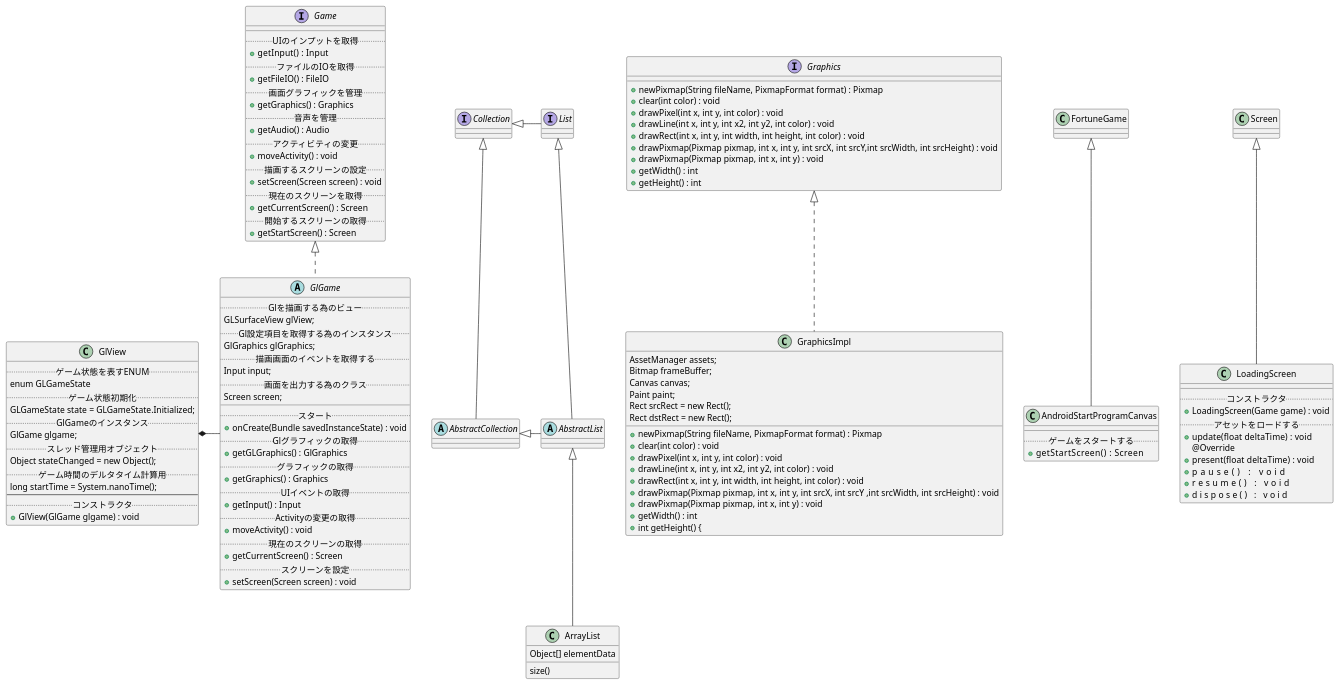
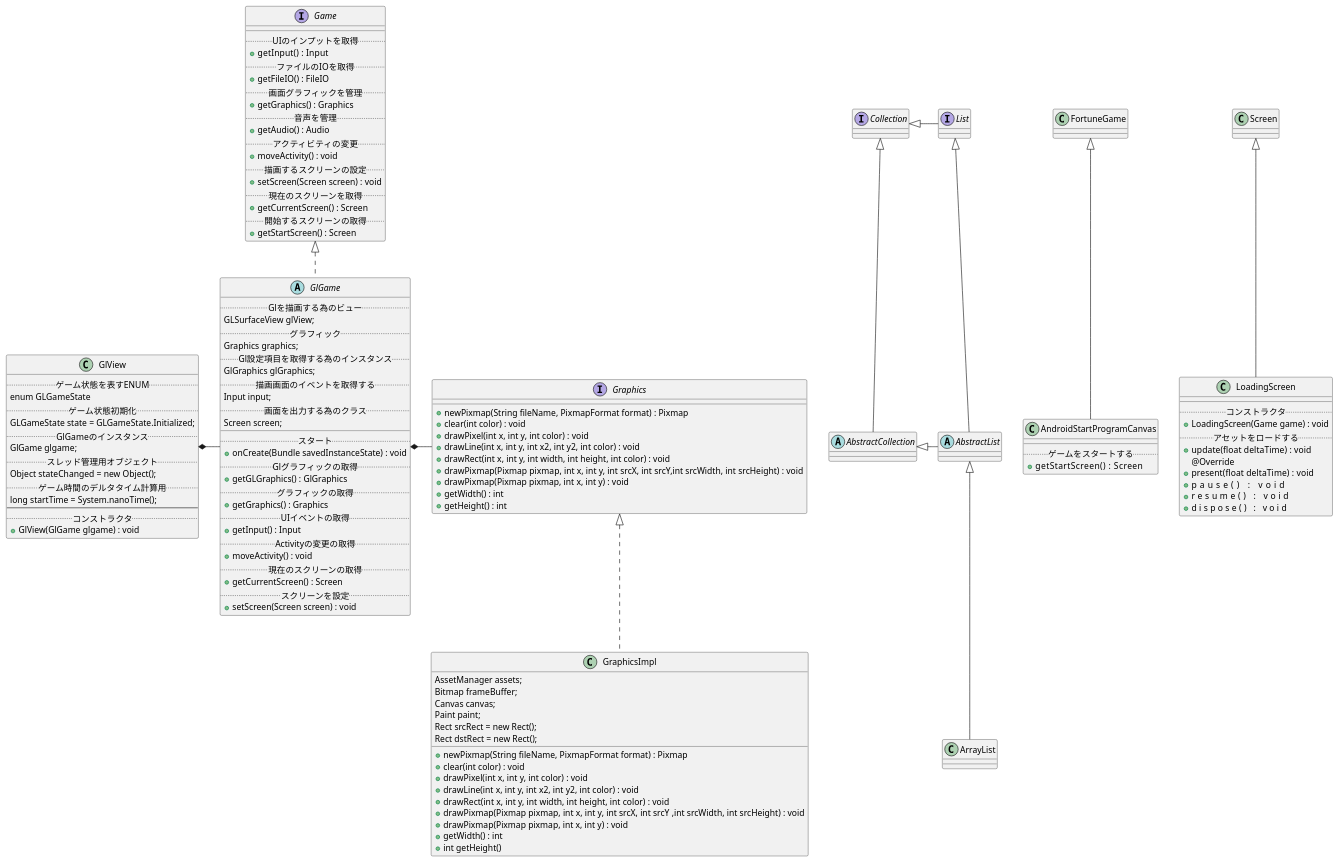
The diagram in docs/20 詳細設計/01_Base/Fortune_Class.puml (MinakawaYuji/Android_fortune), drawn with PlantUML before and after one commit. The commit also changed 9 other files, not shown here.

```diff
--- a/docs/20 詳細設計/01_Base/Fortune_Class.puml
+++ b/docs/20 詳細設計/01_Base/Fortune_Class.puml
@@ -1,148 +1,146 @@
 @startuml
 
 
 interface Game{
     __
     .. UIのインプットを取得 ..
     + getInput() :  Input
     .. ファイルのIOを取得 ..
     + getFileIO() : FileIO
     .. 画面グラフィックを管理 ..
     + getGraphics() : Graphics
     .. 音声を管理 ..
     + getAudio() : Audio
     .. アクティビティの変更 ..
     + moveActivity() : void
     .. 描画するスクリーンの設定 ..
     + setScreen(Screen screen) : void
     .. 現在のスクリーンを取得 ..
     + getCurrentScreen() : Screen
     .. 開始するスクリーンの取得 ..
     + getStartScreen() : Screen
 }
 
 abstract class GlGame{
     .. Glを描画する為のビュー ..
     GLSurfaceView glView;
+    .. グラフィック ..
+    Graphics graphics;
     .. Gl設定項目を取得する為のインスタンス ..
     GlGraphics glGraphics;
     .. 描画画面のイベントを取得する ..
     Input input;
     .. 画面を出力する為のクラス ..
     Screen screen;
     __
     .. スタート ..
     + onCreate(Bundle savedInstanceState) : void
     .. Glグラフィックの取得 ..
     + getGLGraphics() : GlGraphics
     .. グラフィックの取得 ..
     + getGraphics() : Graphics
     .. UIイベントの取得 ..
     + getInput() : Input
     .. Activityの変更の取得 ..
     + moveActivity() : void
     .. 現在のスクリーンの取得 ..
     + getCurrentScreen() : Screen
     .. スクリーンを設定 ..
     + setScreen(Screen screen) : void
 }
-
 
 interface Graphics{
     + newPixmap(String fileName, PixmapFormat format) : Pixmap
     + clear(int color) : void
     + drawPixel(int x, int y, int color) : void
     + drawLine(int x, int y, int x2, int y2, int color) : void
     + drawRect(int x, int y, int width, int height, int color) : void
     + drawPixmap(Pixmap pixmap, int x, int y, int srcX, int srcY,int srcWidth, int srcHeight) : void
     + drawPixmap(Pixmap pixmap, int x, int y) : void
     + getWidth() : int
     + getHeight() : int
 }
 
 class GraphicsImpl {
     AssetManager assets;
     Bitmap frameBuffer;
     Canvas canvas;
     Paint paint;
     Rect srcRect = new Rect();
     Rect dstRect = new Rect();
     __
     + newPixmap(String fileName, PixmapFormat format) : Pixmap
     + clear(int color) : void
     + drawPixel(int x, int y, int color) : void
     + drawLine(int x, int y, int x2, int y2, int color) : void
     + drawRect(int x, int y, int width, int height, int color) : void
     + drawPixmap(Pixmap pixmap, int x, int y, int srcX, int srcY ,int srcWidth, int srcHeight) : void
     + drawPixmap(Pixmap pixmap, int x, int y) : void
     + getWidth() : int
-    + int getHeight() {
+    + int getHeight()
 }
 
 
 
 
 class GlView{
     ..ゲーム状態を表すENUM..
     enum GLGameState
     ..ゲーム状態初期化 ..
     GLGameState state = GLGameState.Initialized;
     ..GlGameのインスタンス ..
     GlGame glgame;
     ..スレッド管理用オブジェクト ..
     Object stateChanged = new Object();
     ..ゲーム時間のデルタタイム計算用 ..
     long startTime = System.nanoTime();
     --
     .. コンストラクタ ..
     + GlView(GlGame glgame) : void
 }
 
 
 class AndroidStartProgramCanvas extends FortuneGame{
     __
     .. ゲームをスタートする ..
     + getStartScreen() :     Screen
 }
 
 
 class LoadingScreen extends Screen{
     __
     .. コンストラクタ ..
     + LoadingScreen(Game game) : void
     .. アセットをロードする ..
     + update(float deltaTime)  : void
     @Override
     + present(float deltaTime)  : void
     + pause()                   : void
     + resume()                  : void
     + dispose()                 : void
 }
 
 
 
 
 Game <|.. GlGame
+GlGame *- Graphics
 GlView *- GlGame
 Graphics <|.. GraphicsImpl
 
 
 abstract class AbstractList
 abstract AbstractCollection
 interface List
 interface Collection
 
 List <|-- AbstractList
 Collection <|-- AbstractCollection
 
 Collection <|- List
 AbstractCollection <|- AbstractList
 AbstractList <|-- ArrayList
 
-class ArrayList {
-Object[] elementData
-size()
-}
 
 
 @enduml
```
